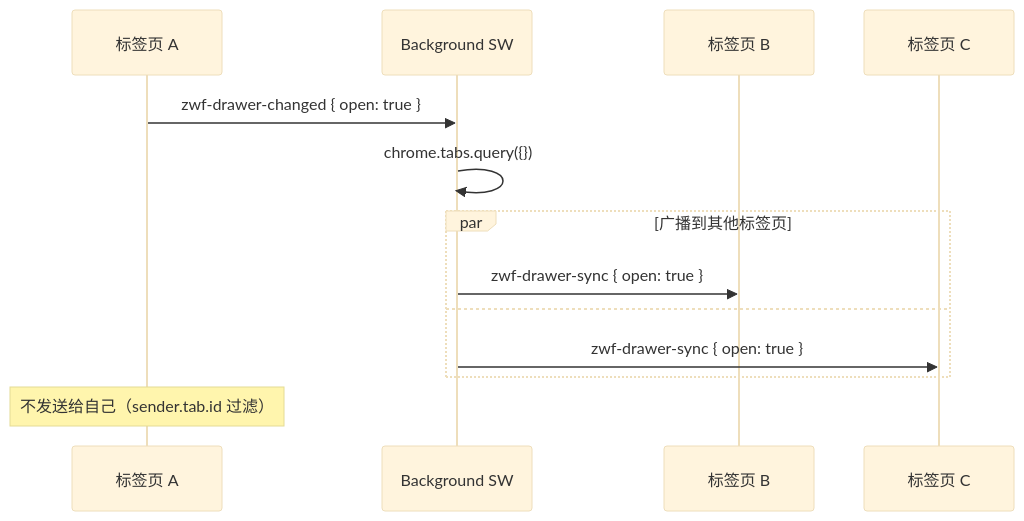
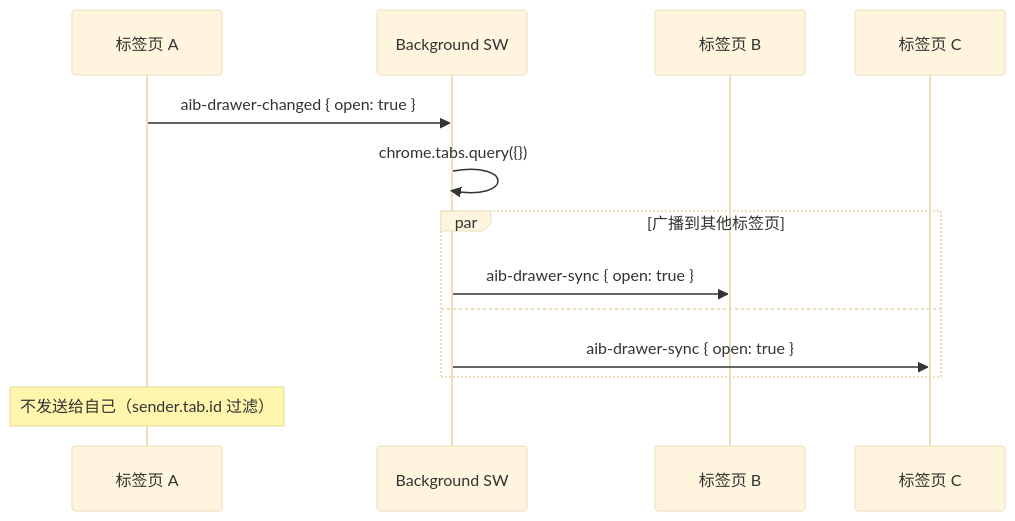
The eighth of 11 diagrams in docs/architecture/background-service.md (zw123zw/ai-browser), drawn with Mermaid (base theme) before and after one commit. The commit also changed other lines of this file and 35 other files, not shown here.

First line of the commit message:
refactor: 全局前缀 zwf- 统一改为 aib-

````diff
--- a/docs/architecture/background-service.md
+++ b/docs/architecture/background-service.md
@@ -313,18 +313,18 @@
 ```mermaid
 sequenceDiagram
     participant T1 as 标签页 A
     participant BG as Background SW
     participant T2 as 标签页 B
     participant T3 as 标签页 C
 
-    T1->>BG: zwf-drawer-changed { open: true }
+    T1->>BG: aib-drawer-changed { open: true }
     BG->>BG: chrome.tabs.query({})
 
     par 广播到其他标签页
-        BG->>T2: zwf-drawer-sync { open: true }
+        BG->>T2: aib-drawer-sync { open: true }
     and
-        BG->>T3: zwf-drawer-sync { open: true }
+        BG->>T3: aib-drawer-sync { open: true }
     end
 
     Note over T1: 不发送给自己（sender.tab.id 过滤）
 ```
````
